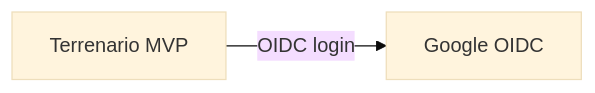
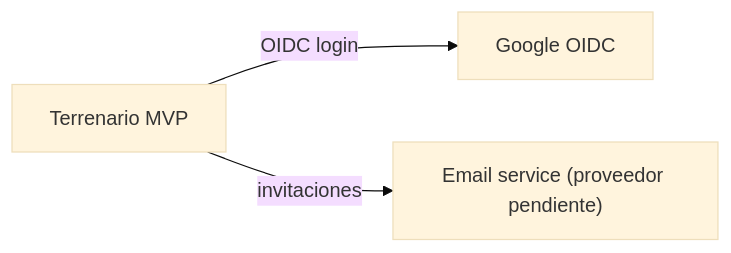
Before and after one commit to AndresGilabert/terrenario: the diagram in docs/06-integraciones/vision-general.md, drawn with Mermaid (base theme). The commit also changed other lines of this file and 50 other files, not shown here.

First line of the commit message:
feat(MVP-103): invitaciones a Workspace por email y enlace

````diff
--- a/docs/06-integraciones/vision-general.md
+++ b/docs/06-integraciones/vision-general.md
@@ -19,4 +19,5 @@
 ```mermaid
 flowchart LR
     sistema["Terrenario MVP"] -->|"OIDC login"| google["Google OIDC"]
+    sistema -->|"invitaciones"| email["Email service (proveedor pendiente)"]
 ```
````
